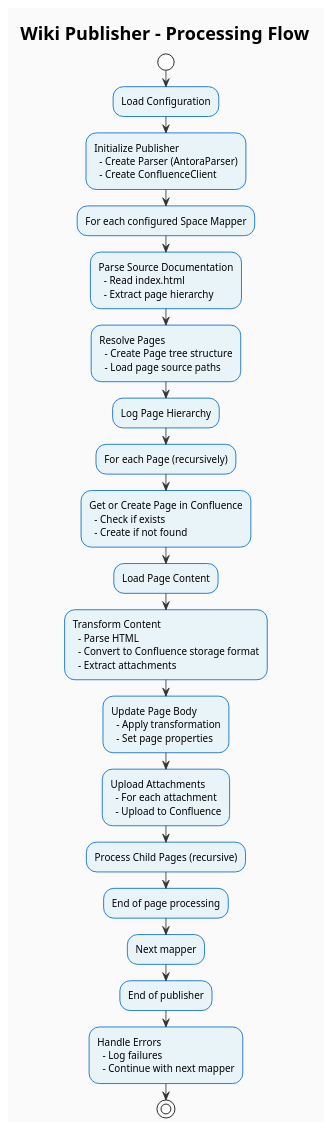
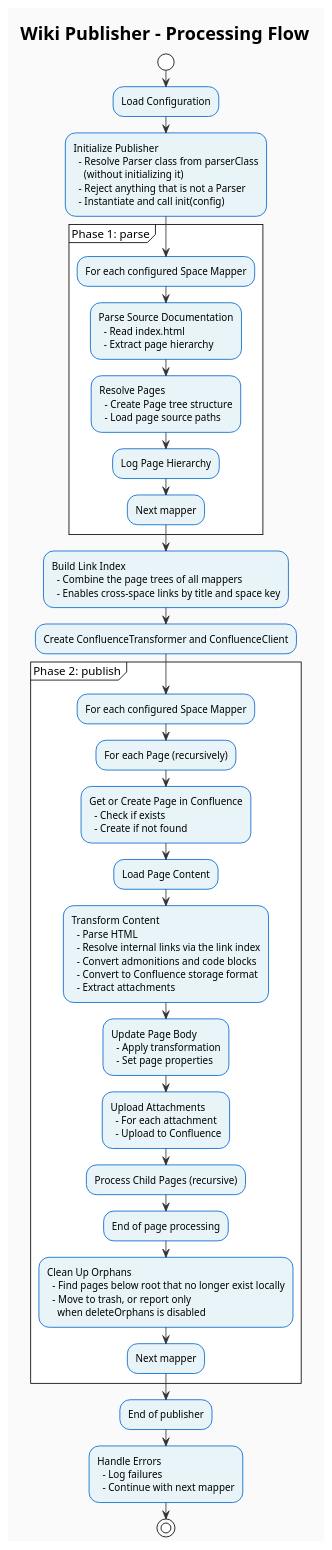
The diagram in wiki-publisher/src/main/docs/plantuml/process_flow.puml (huber-and/atlassian-tools), drawn with PlantUML before and after one commit. The commit also changed 8 other files, not shown here.

```diff
--- a/wiki-publisher/src/main/docs/plantuml/process_flow.puml
+++ b/wiki-publisher/src/main/docs/plantuml/process_flow.puml
@@ -1,65 +1,88 @@
 @startuml process_flow
 !theme plain
 title Wiki Publisher - Processing Flow
 
 skinparam backgroundColor #FAFAFA
 skinparam activityBackgroundColor #E8F4F8
 skinparam activityBorderColor #0066CC
 skinparam arrowColor #333333
 
 start
 
 :Load Configuration;
 
 :Initialize Publisher
-  - Create Parser (AntoraParser)
-  - Create ConfluenceClient;
+  - Resolve Parser class from parserClass
+    (without initializing it)
+  - Reject anything that is not a Parser
+  - Instantiate and call init(config);
 
-:For each configured Space Mapper;
+partition "Phase 1: parse" {
+  :For each configured Space Mapper;
 
-:Parse Source Documentation
-  - Read index.html
-  - Extract page hierarchy;
+  :Parse Source Documentation
+    - Read index.html
+    - Extract page hierarchy;
 
-:Resolve Pages
-  - Create Page tree structure
-  - Load page source paths;
+  :Resolve Pages
+    - Create Page tree structure
+    - Load page source paths;
 
-:Log Page Hierarchy;
+  :Log Page Hierarchy;
 
-:For each Page (recursively);
+  :Next mapper;
+}
+
+:Build Link Index
+  - Combine the page trees of all mappers
+  - Enables cross-space links by title and space key;
+
+:Create ConfluenceTransformer and ConfluenceClient;
+
+partition "Phase 2: publish" {
+  :For each configured Space Mapper;
+
+  :For each Page (recursively);
 
 :Get or Create Page in Confluence
   - Check if exists
   - Create if not found;
 
 :Load Page Content;
 
 :Transform Content
   - Parse HTML
+  - Resolve internal links via the link index
+  - Convert admonitions and code blocks
   - Convert to Confluence storage format
   - Extract attachments;
 
 :Update Page Body
   - Apply transformation
   - Set page properties;
 
 :Upload Attachments
   - For each attachment
   - Upload to Confluence;
 
 :Process Child Pages (recursive);
 
 :End of page processing;
 
-:Next mapper;
+  :Clean Up Orphans
+    - Find pages below root that no longer exist locally
+    - Move to trash, or report only
+      when deleteOrphans is disabled;
+
+  :Next mapper;
+}
 
 :End of publisher;
 
 :Handle Errors
   - Log failures
   - Continue with next mapper;
 
 stop
 
 @enduml
```
